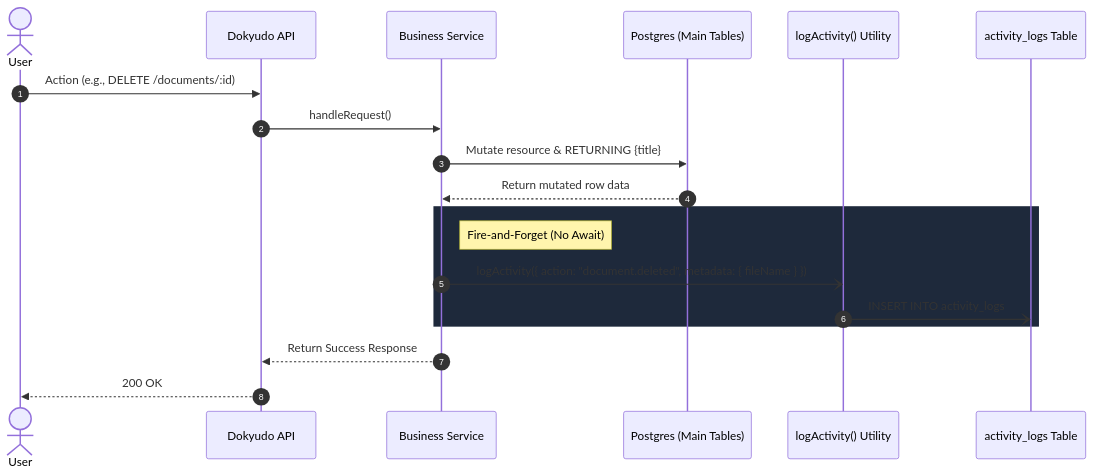
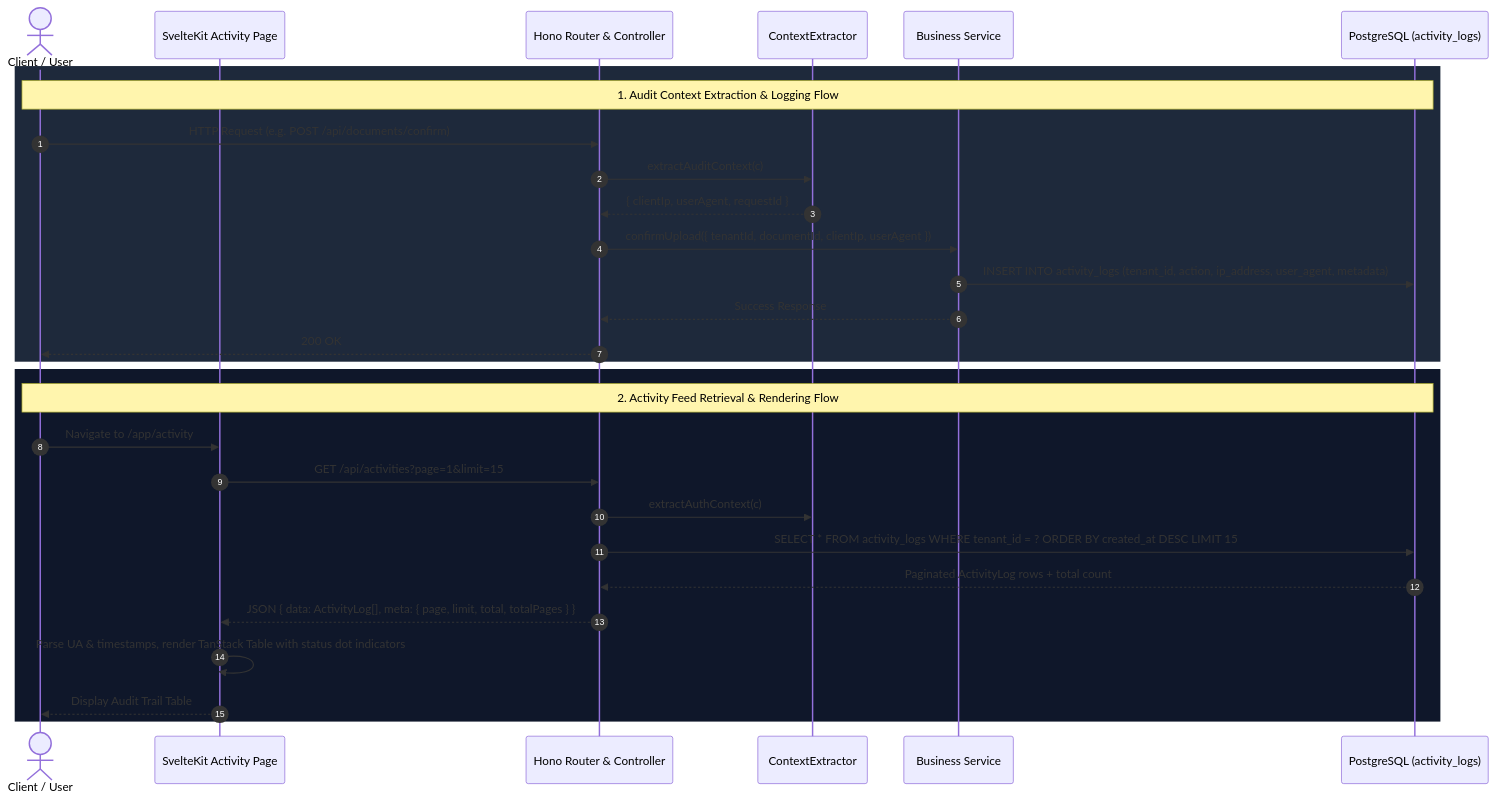
Before and after one commit to kanzhamada/Dokyudo: the diagram in docs/features/activity-logs.md, drawn with Mermaid. The commit also changed other lines of this file and 2 other files, not shown here.

First line of the commit message:
Add audit logging for workspace and payment events

````diff
--- a/docs/features/activity-logs.md
+++ b/docs/features/activity-logs.md
@@ -12,24 +20,33 @@
 ```mermaid
 sequenceDiagram
     autonumber
-    actor User
-    participant Controller as Dokyudo API
+    actor User as Client / User
+    participant FE as SvelteKit Activity Page
+    participant API as Hono Router & Controller
+    participant Extractor as ContextExtractor
     participant Service as Business Service
-    participant DB as Postgres (Main Tables)
-    participant ActivityUtil as logActivity() Utility
-    participant ActivityDB as activity_logs Table
+    participant DB as PostgreSQL (activity_logs)
 
-    User->>Controller: Action (e.g., DELETE /documents/:id)
-    Controller->>Service: handleRequest()
-    Service->>DB: Mutate resource & RETURNING {title}
-    DB-->>Service: Return mutated row data
-    
     rect rgb(30, 41, 59)
-    note right of Service: Fire-and-Forget (No Await)
-    Service-)ActivityUtil: logActivity({ action: "document.deleted", metadata: { fileName } })
-    ActivityUtil-)ActivityDB: INSERT INTO activity_logs
+    note over User,DB: 1. Audit Context Extraction & Logging Flow
+    User->>API: HTTP Request (e.g. POST /api/documents/confirm)
+    API->>Extractor: extractAuditContext(c)
+    Extractor-->>API: { clientIp, userAgent, requestId }
+    API->>Service: confirmUpload({ tenantId, documentId, clientIp, userAgent })
+    Service->>DB: INSERT INTO activity_logs (tenant_id, action, ip_address, user_agent, metadata)
+    Service-->>API: Success Response
+    API-->>User: 200 OK
     end
 
-    Service-->>Controller: Return Success Response
-    Controller-->>User: 200 OK
+    rect rgb(15, 23, 42)
+    note over User,DB: 2. Activity Feed Retrieval & Rendering Flow
+    User->>FE: Navigate to /app/activity
+    FE->>API: GET /api/activities?page=1&limit=15
+    API->>Extractor: extractAuthContext(c)
+    API->>DB: SELECT * FROM activity_logs WHERE tenant_id = ? ORDER BY created_at DESC LIMIT 15
+    DB-->>API: Paginated ActivityLog rows + total count
+    API-->>FE: JSON { data: ActivityLog[], meta: { page, limit, total, totalPages } }
+    FE->>FE: Parse UA & timestamps, render TanStack Table with status dot indicators
+    FE-->>User: Display Audit Trail Table
+    end
 ```
````
